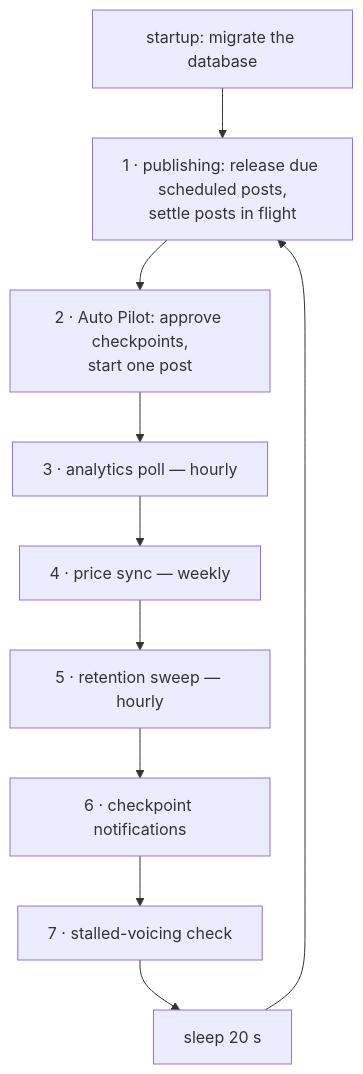
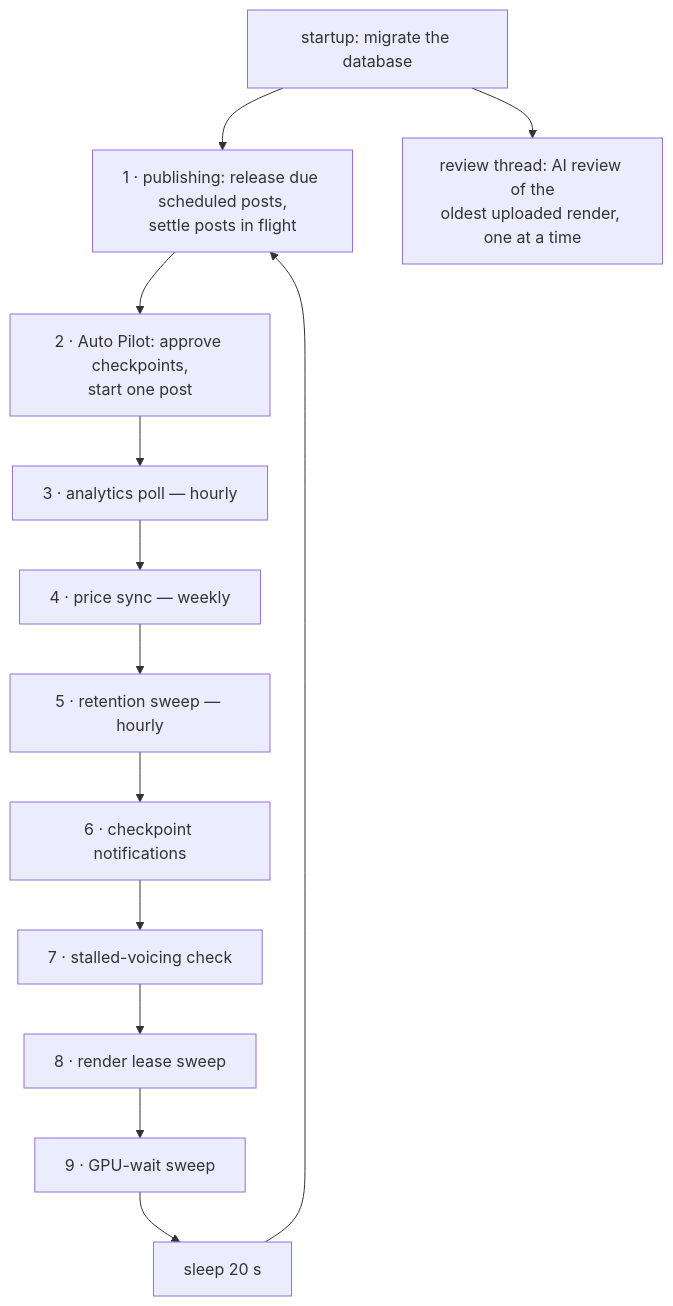
Before and after one commit to teja156/tubematic: the diagram in docs/developer/12-the-worker.md, drawn with Mermaid. The commit also changed other lines of this file and 25 other files, not shown here.

````diff
--- a/docs/developer/12-the-worker.md
+++ b/docs/developer/12-the-worker.md
@@ -26,12 +30,15 @@
 ```mermaid
 flowchart TD
     S[startup: migrate the database] --> P
     P[1 · publishing: release due scheduled posts,<br/>settle posts in flight] --> A
     A[2 · Auto Pilot: approve checkpoints,<br/>start one post] --> M
     M[3 · analytics poll — hourly] --> PR
     PR[4 · price sync — weekly] --> R
     R[5 · retention sweep — hourly] --> N
     N[6 · checkpoint notifications] --> V
-    V[7 · stalled-voicing check] --> SL
+    V[7 · stalled-voicing check] --> L
+    L[8 · render lease sweep] --> G
+    G[9 · GPU-wait sweep] --> SL
     SL[sleep 20 s] --> P
+    S --> RT["review thread: AI review of the<br/>oldest uploaded render, one at a time"]
 ```
````
